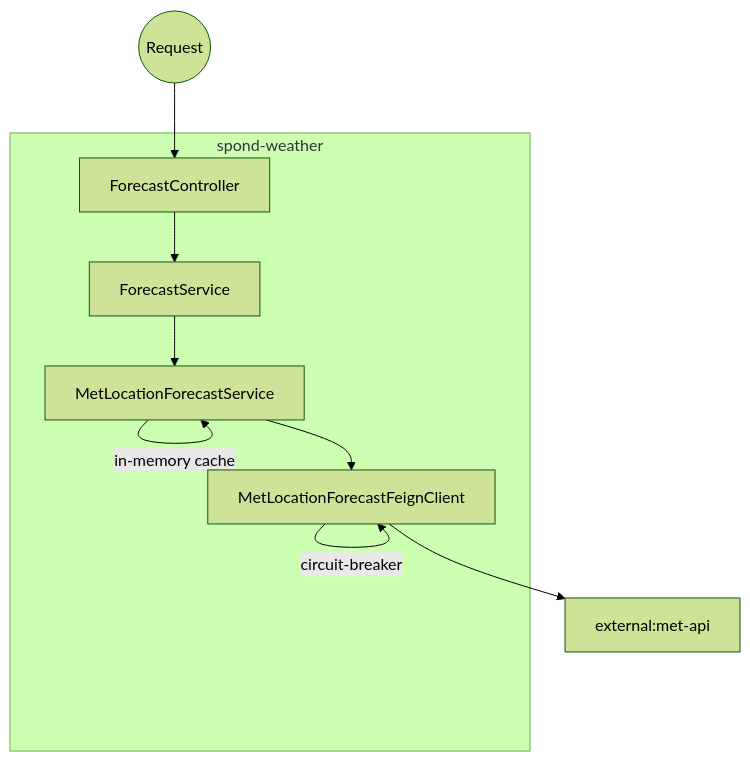
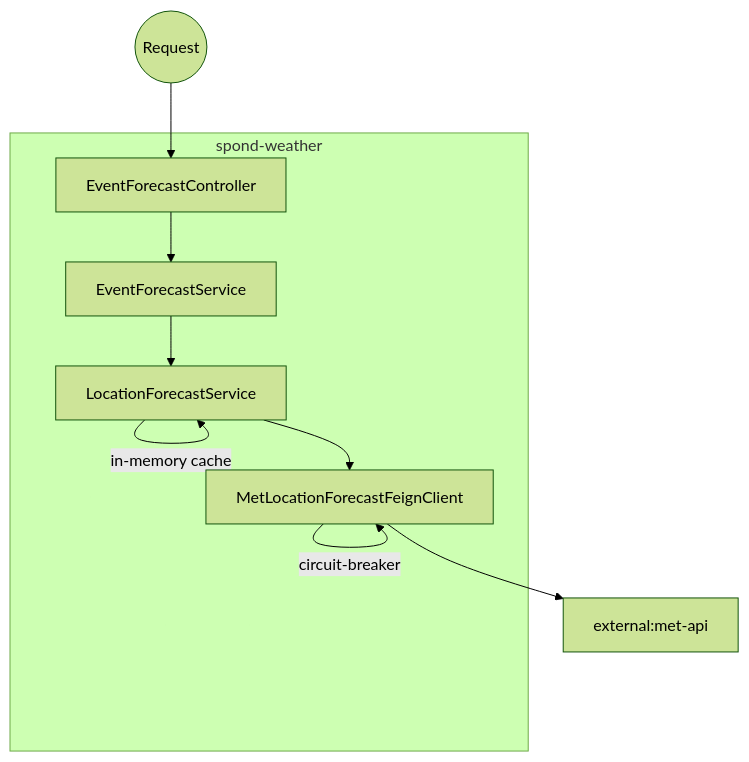
Before and after one commit to vikas-kutala/spond-weather: the diagram in weather/README.md, drawn with Mermaid (forest theme). The commit also changed other lines of this file and 10 other files, not shown here.

````diff
--- a/weather/README.md
+++ b/weather/README.md
@@ -19,20 +19,20 @@
 ```mermaid 
 
 flowchart
     IN((Request))
-    FCTR[ForecastController]
-    FSRV[ForecastService]
-    FLFS[MetLocationForecastService]
+    FCTR[EventForecastController]
+    FSRV[EventForecastService]
+    FLFS[LocationForecastService]
     FMAF[MetLocationForecastFeignClient]
     EMA[external:met-api]
     IN --> FCTR
     subgraph spond-weather
         FCTR --> FSRV
         FSRV --> FLFS
         FLFS -- in-memory cache --> FLFS
         FMAF -- circuit-breaker --> FMAF
         FLFS --> FMAF
     end
 
     FMAF --> EMA
 ```
````
